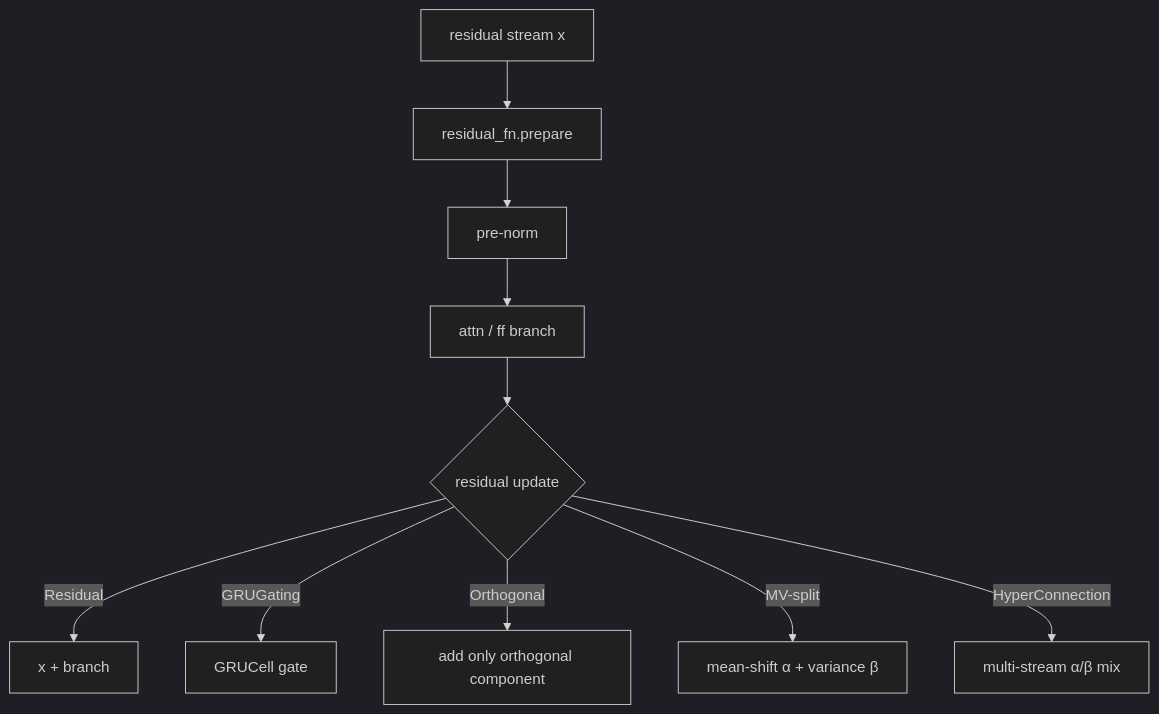
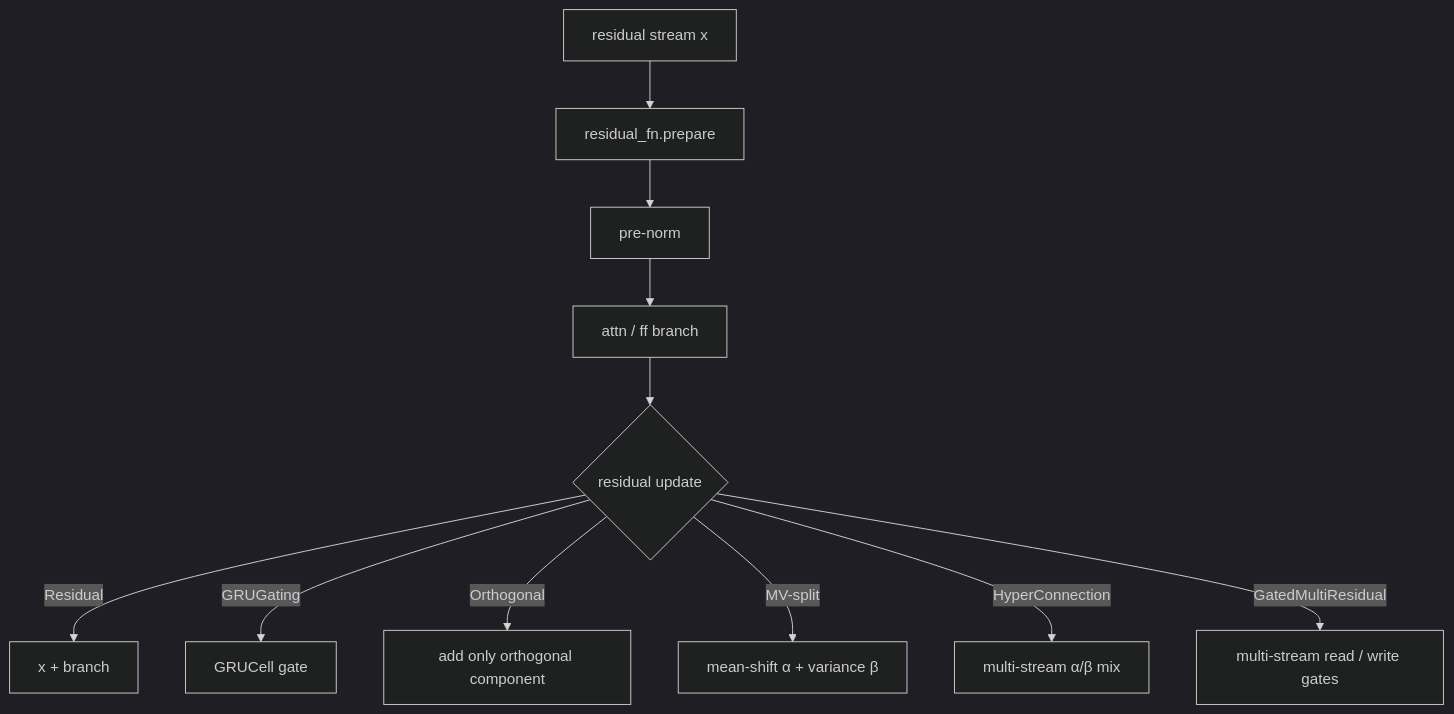
The diagram in docs/core_components.md (TimS-ml/x-transformers), drawn with Mermaid (dark theme) before and after one commit. The commit also changed other lines of this file and 3 other files, not shown here.

````diff
--- a/docs/core_components.md
+++ b/docs/core_components.md
@@ -178,12 +225,13 @@
 ```mermaid
 graph TD
     R[residual stream x] --> P[residual_fn.prepare]
     P --> N[pre-norm]
     N --> B[attn / ff branch]
     B --> U{residual update}
     U -->|Residual| ADD[x + branch]
     U -->|GRUGating| GRU[GRUCell gate]
     U -->|Orthogonal| ORT[add only orthogonal component]
     U -->|MV-split| MV[mean-shift α + variance β]
     U -->|HyperConnection| HC[multi-stream α/β mix]
+    U -->|GatedMultiResidual| GMR[multi-stream read / write gates]
 ```
````
